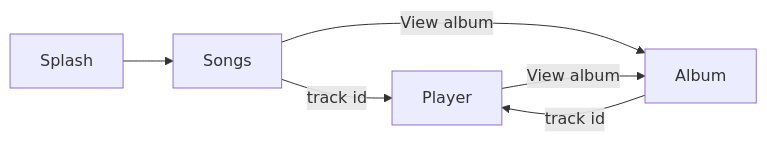
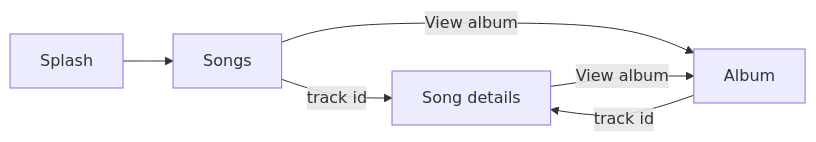
The first of 3 diagrams in README.md (lucasdias4/moisesai-android-challange), drawn with Mermaid before and after one commit. The commit also changed other lines of this file and 1 other file, not shown here.

````diff
--- a/README.md
+++ b/README.md
@@ -26,8 +26,8 @@
 ```mermaid
 flowchart LR
     Splash --> Songs
-    Songs -- track id --> Player
+    Songs -- track id --> SongDetails[Song details]
     Songs -- "View album" --> Album
-    Player -- "View album" --> Album
-    Album -- track id --> Player
+    SongDetails -- "View album" --> Album
+    Album -- track id --> SongDetails
 ```
````
